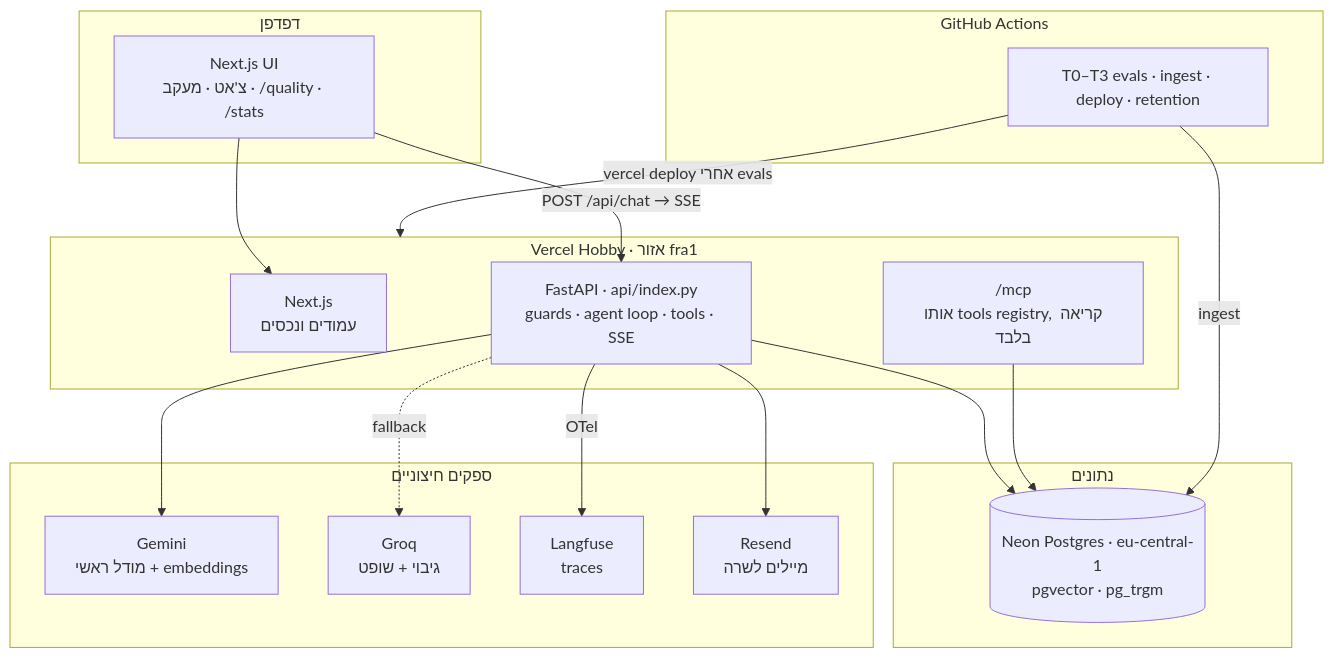
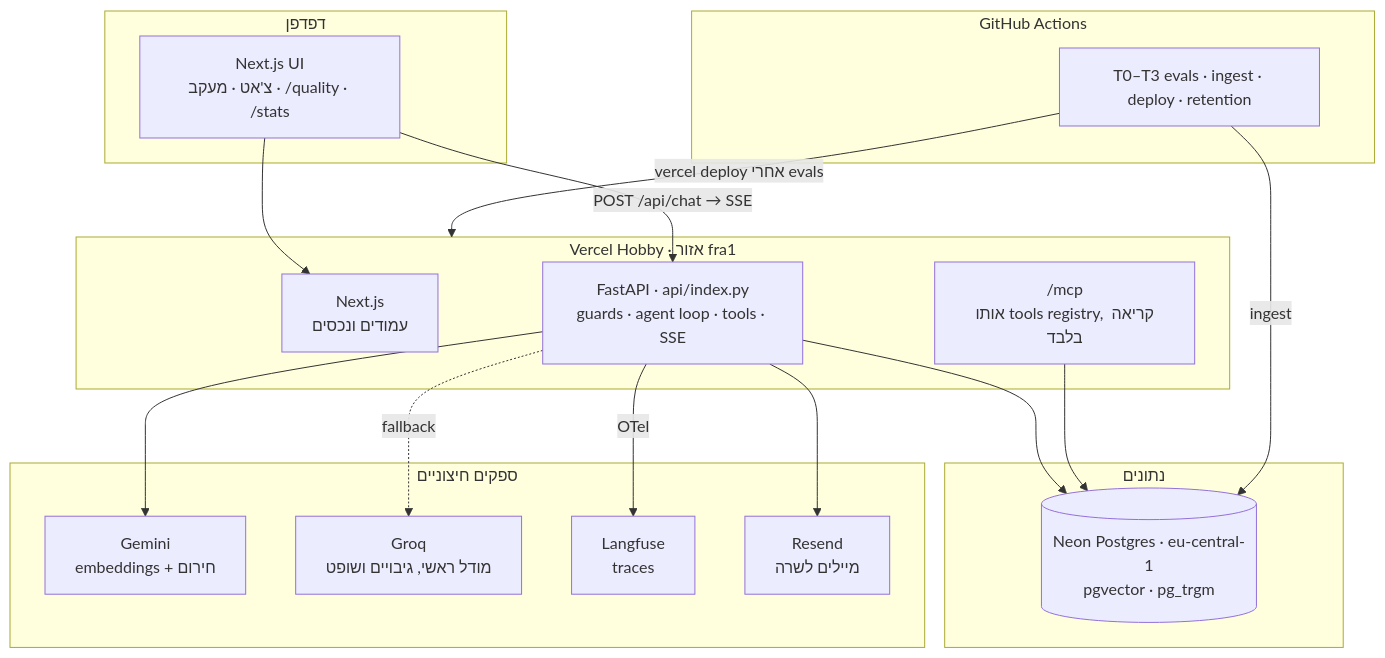
The first of 2 diagrams in docs/05-architecture.md (sarah94087-bot/portfolio-agent), drawn with Mermaid before and after one commit. The commit also changed other lines of this file and 16 other files, not shown here.

````diff
--- a/docs/05-architecture.md
+++ b/docs/05-architecture.md
@@ -16,38 +16,38 @@
 ```mermaid
 flowchart TB
   subgraph Browser["דפדפן"]
     UI["Next.js UI<br/>צ'אט · מעקב · /quality · /stats"]
   end
 
   subgraph Vercel["Vercel Hobby · אזור fra1"]
     WEB["Next.js<br/>עמודים ונכסים"]
     API["FastAPI · api/index.py<br/>guards · agent loop · tools · SSE"]
     MCP["/mcp<br/>אותו tools registry, קריאה בלבד"]
   end
 
   subgraph Data["נתונים"]
     NEON[("Neon Postgres · eu-central-1<br/>pgvector · pg_trgm")]
   end
 
   subgraph Providers["ספקים חיצוניים"]
-    GEM["Gemini<br/>מודל ראשי + embeddings"]
-    GROQ["Groq<br/>גיבוי + שופט"]
+    GEM["Gemini<br/>embeddings + חירום"]
+    GROQ["Groq<br/>מודל ראשי, גיבויים ושופט"]
     LF["Langfuse<br/>traces"]
     RS["Resend<br/>מיילים לשרה"]
   end
 
   subgraph CI["GitHub Actions"]
     PIPE["T0–T3 evals · ingest · deploy · retention"]
   end
 
   UI -- "POST /api/chat → SSE" --> API
   UI --> WEB
   API --> NEON
   API --> GEM
   API -. "fallback" .-> GROQ
   API -- "OTel" --> LF
   API --> RS
   MCP --> NEON
   PIPE -- "ingest" --> NEON
   PIPE -- "vercel deploy אחרי evals" --> Vercel
 ```
````
